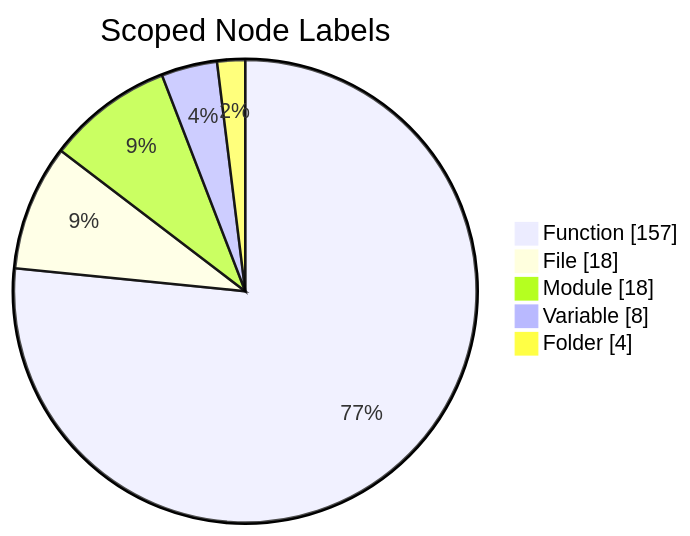
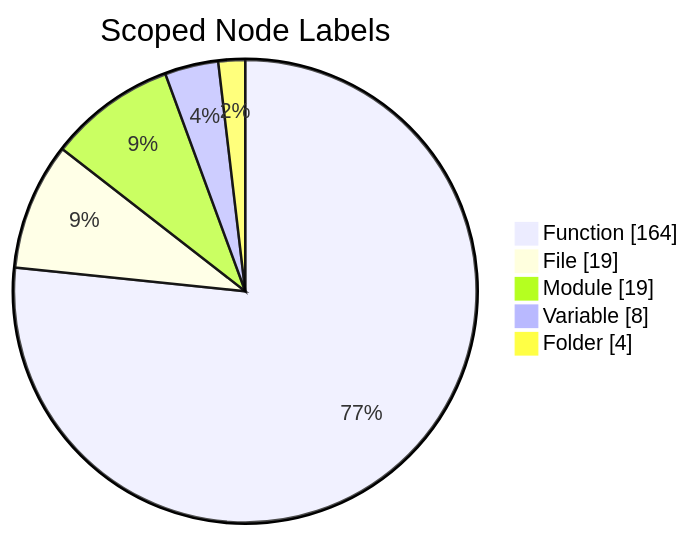
The third of 7 diagrams in .refactor/analysis/candidates/report.md (scl2bp/refactor_cli), drawn with Mermaid before and after one commit. The commit also changed other lines of this file and 6 other files, not shown here.

````diff
--- a/.refactor/analysis/candidates/report.md
+++ b/.refactor/analysis/candidates/report.md
@@ -159,9 +166,9 @@
 ```mermaid
 pie showData
   title Scoped Node Labels
-  "Function" : 157
-  "File" : 18
-  "Module" : 18
+  "Function" : 164
+  "File" : 19
+  "Module" : 19
   "Variable" : 8
   "Folder" : 4
 ```
````
